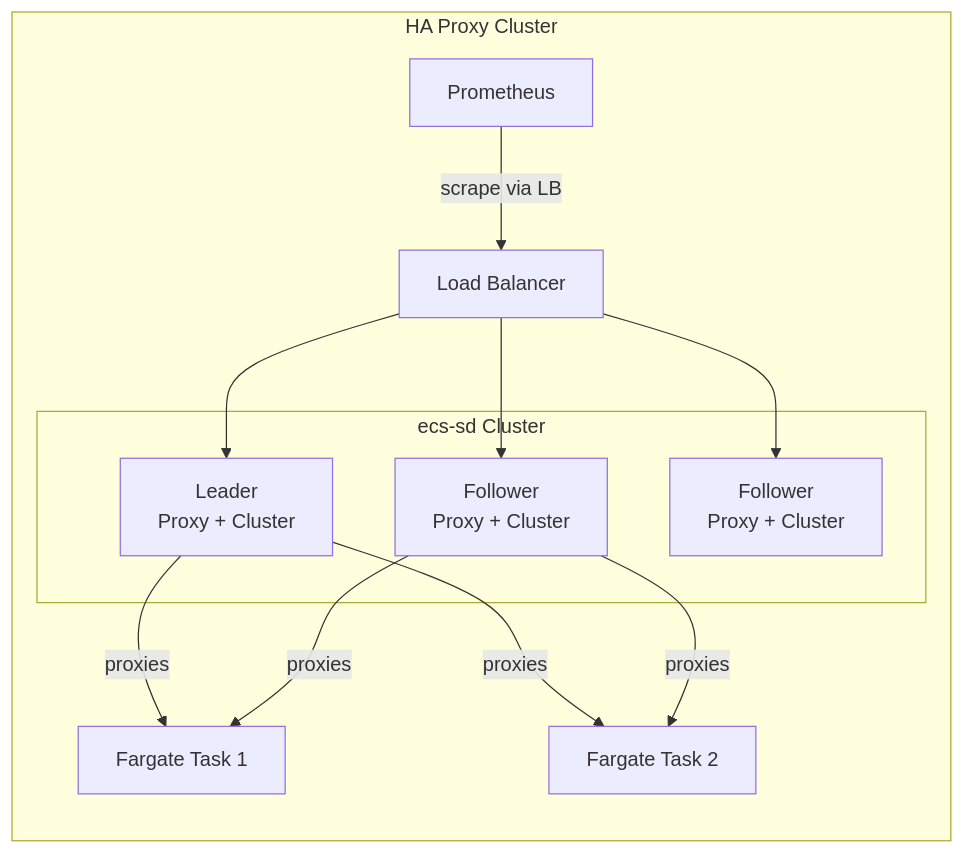
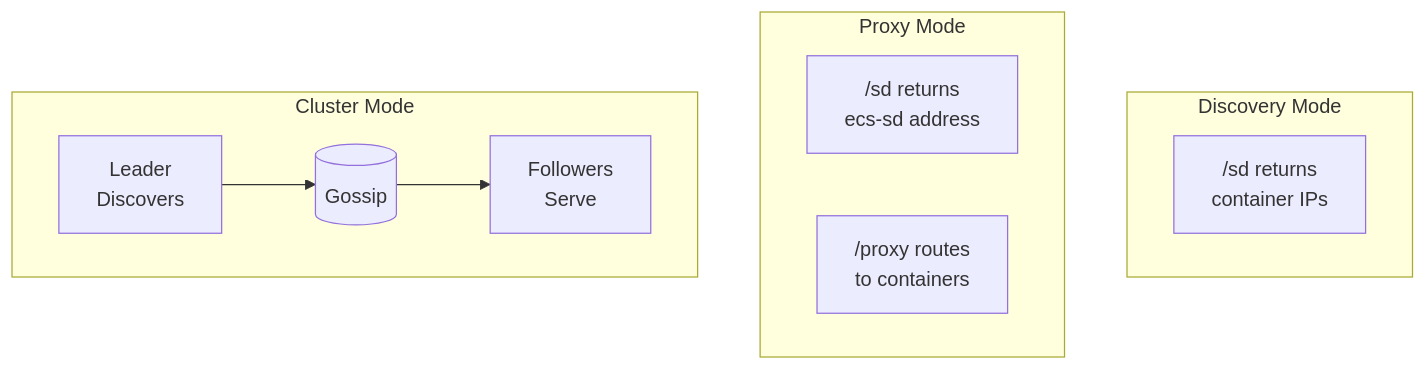
The second of 2 diagrams in README.md (wasilak/ecs-sd), drawn with Mermaid before and after one commit. The commit also changed other lines of this file and 4 other files, not shown here.

````diff
--- a/README.md
+++ b/README.md
@@ -612,25 +106,18 @@
 ```mermaid
-flowchart LR
-    subgraph "HA Proxy Cluster"
-        P["Prometheus"]
-        LB["Load Balancer"]
-        
-        subgraph "ecs-sd Cluster"
-            L["Leader<br/>Proxy + Cluster"]
-            F1["Follower<br/>Proxy + Cluster"]
-            F2["Follower<br/>Proxy + Cluster"]
-        end
-        
-        T1["Fargate Task 1"]
-        T2["Fargate Task 2"]
+flowchart TD
+    subgraph "Discovery Mode"
+        D1["/sd returns<br/>container IPs"]
     end
-
-    P -->|scrape via LB| LB
-    LB --> L
-    LB --> F1
-    LB --> F2
-    L -->|proxies| T1
-    L -->|proxies| T2
-    F1 -->|proxies| T1
-    F1 -->|proxies| T2
+    
+    subgraph "Proxy Mode"
+        D2["/sd returns<br/>ecs-sd address"]
+        P2["/proxy routes<br/>to containers"]
+    end
+    
+    subgraph "Cluster Mode"
+        L["Leader<br/>Discovers"]
+        F["Followers<br/>Serve"]
+        G[(Gossip)]
+        L --> G --> F
+    end
 ```
````
